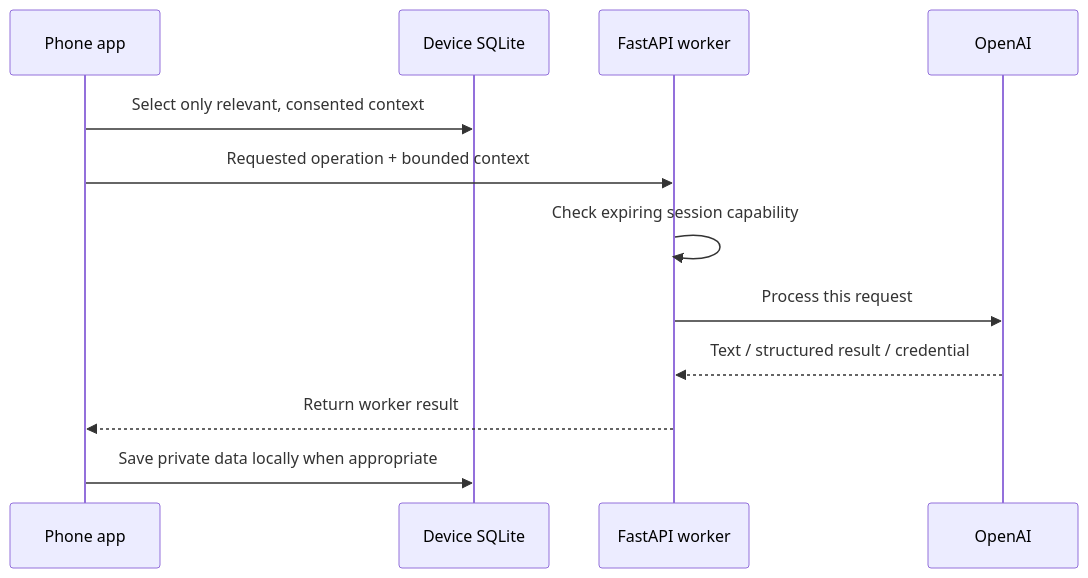
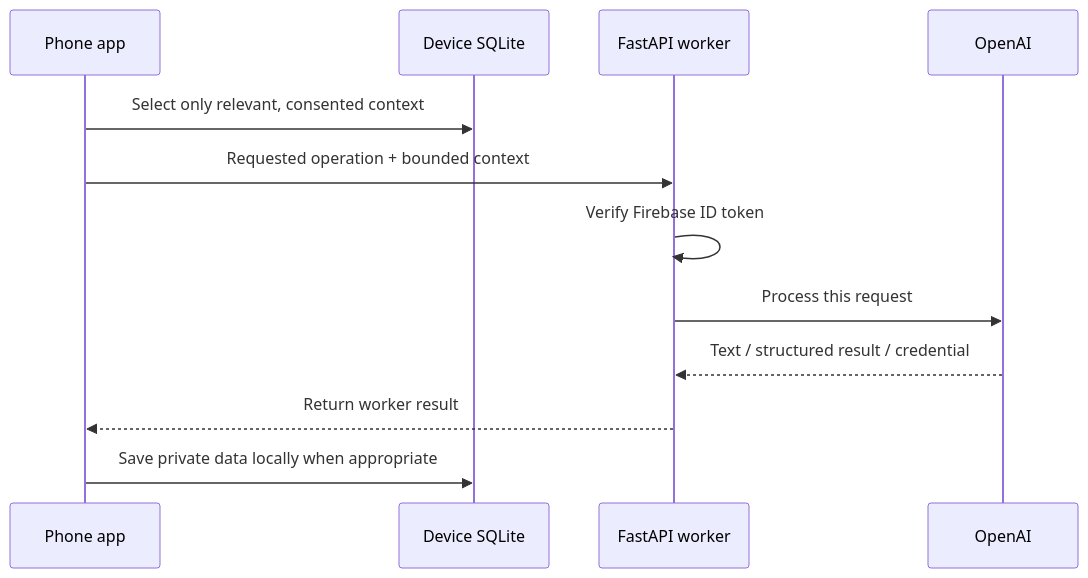
Before and after one commit to sandip-pathe/mira: the second of 2 diagrams in PRD/mira_prd.md, drawn with Mermaid. The commit also changed other lines of this file and 83 other files, not shown here.

````diff
--- a/PRD/mira_prd.md
+++ b/PRD/mira_prd.md
@@ -173,14 +175,14 @@
 ```mermaid
 sequenceDiagram
     participant App as Phone app
     participant Local as Device SQLite
     participant API as FastAPI worker
     participant AI as OpenAI
     App->>Local: Select only relevant, consented context
     App->>API: Requested operation + bounded context
-    API->>API: Check expiring session capability
+    API->>API: Verify Firebase ID token
     API->>AI: Process this request
     AI-->>API: Text / structured result / credential
     API-->>App: Return worker result
     App->>Local: Save private data locally when appropriate
 ```
````
